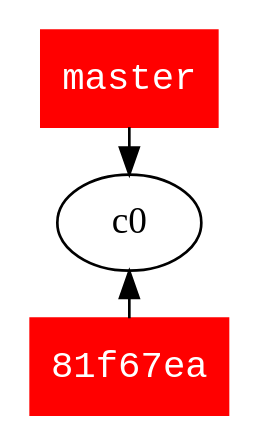
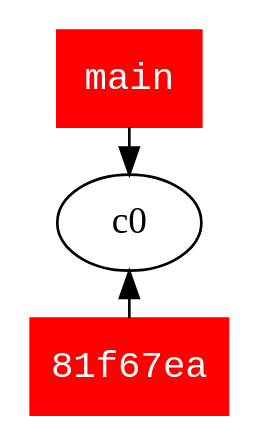
Before and after one commit to fraya/Git-taller: the first of 4 diagrams in documentation/source/git-uso-basico.rst, drawn with Graphviz. The commit also changed other lines of this file, not shown here.

Commit message:
Replace 'master' for 'main"

```diff
--- a/documentation/source/git-uso-basico.rst
+++ b/documentation/source/git-uso-basico.rst
@@ -309,24 +309,24 @@
  .. graphviz::
     :caption: Rama master tras commit ``81f67ea``
     :align: center
 
     digraph G {
 	    rankdir="RL";
 	    splines=line;
 
 	    c0
 
 	    {
 	        rank=same;
 		node [
 		    style=filled,
 		    color=red,
 		    fillcolor=red,
 		    shape=rectangle,
 		    fontname=monospace,
 		    fontcolor=white
 		]
 		c0 -> "81f67ea" [dir=back]
-		master -> c0
+		main -> c0
 	    }
     }
```
